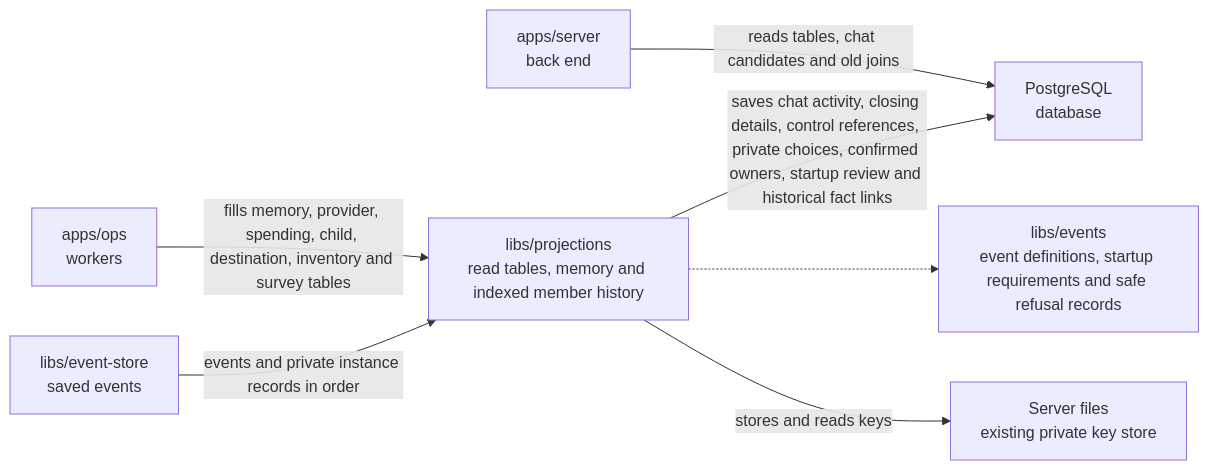
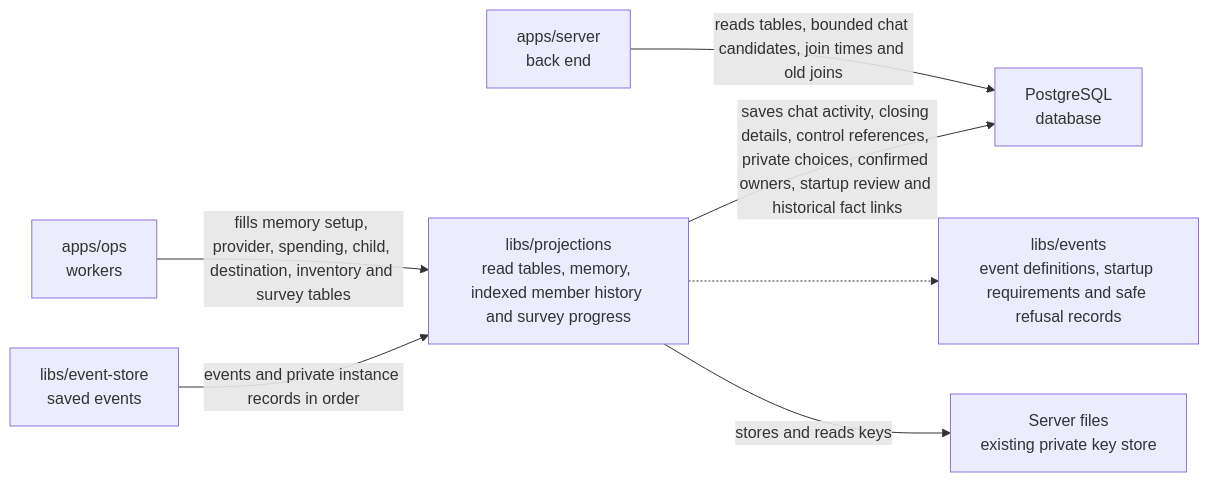
Before and after one commit to elewa-git/opencrane-new: the diagram in libs/projections/README.md, drawn with Mermaid. The commit also changed other lines of this file and 18 other files, not shown here.

````diff
--- a/libs/projections/README.md
+++ b/libs/projections/README.md
@@ -23,9 +23,9 @@
 ```mermaid
 flowchart LR
-  ops["apps/ops<br/>workers"] -->|fills memory, provider, spending, child, destination, inventory and survey tables| projections["libs/projections<br/>read tables, memory and indexed member history"]
-  server["apps/server<br/>back end"] -->|reads tables, chat candidates and old joins| pg["PostgreSQL<br/>database"]
+  ops["apps/ops<br/>workers"] -->|fills memory setup, provider, spending, child, destination, inventory and survey tables| projections["libs/projections<br/>read tables, memory, indexed member history and survey progress"]
+  server["apps/server<br/>back end"] -->|reads tables, bounded chat candidates, join times and old joins| pg["PostgreSQL<br/>database"]
   projections -->|saves chat activity, closing details, control references, private choices, confirmed owners, startup review and historical fact links| pg
   store["libs/event-store<br/>saved events"] -->|events and private instance records in order| projections
   projections -.-> events["libs/events<br/>event definitions, startup requirements and safe refusal records"]
   projections -->|stores and reads keys| keys["Server files<br/>existing private key store"]
 ```
````
